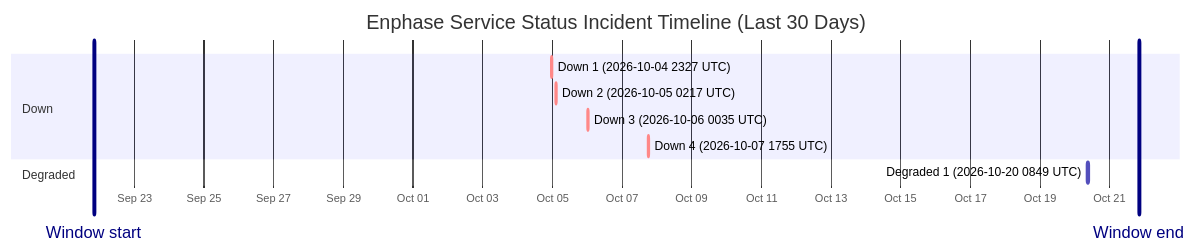
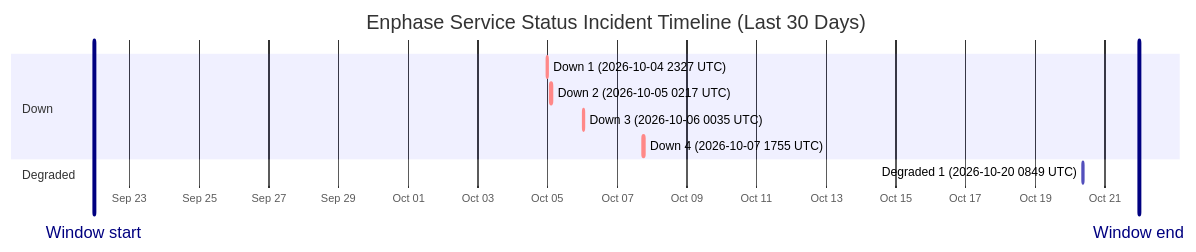
Before and after one commit to barneyonline/ha-enphase-energy: the diagram in wiki/Service-Status-History.md, drawn with Mermaid. The commit also changed other lines of this file and 3 other files, not shown here.

````diff
--- a/wiki/Service-Status-History.md
+++ b/wiki/Service-Status-History.md
@@ -14,15 +14,15 @@
 ```mermaid
 gantt
     title Enphase Service Status Incident Timeline (Last 30 Days)
     dateFormat  YYYY-MM-DDTHH:mm:ss
     axisFormat  %b %d
-    Window start :vert, window-start, 2026-09-21T20:17:11, 0ms
-    Window end :vert, window-end, 2026-10-21T20:17:11, 0ms
+    Window start :vert, window-start, 2026-09-21T23:30:51, 0ms
+    Window end :vert, window-end, 2026-10-21T23:30:51, 0ms
     section Down
     Down 1 (2026-10-04 2327 UTC) :crit, down-1, 2026-10-04T23:27:34, 60m
     Down 2 (2026-10-05 0217 UTC) :crit, down-2, 2026-10-05T02:17:30, 60m
     Down 3 (2026-10-06 0035 UTC) :crit, down-3, 2026-10-06T00:35:21, 60m
     Down 4 (2026-10-07 1755 UTC) :crit, down-4, 2026-10-07T17:55:16, 60m
     section Degraded
     Degraded 1 (2026-10-20 0849 UTC) :active, degraded-1, 2026-10-20T08:49:49, 60m
 ```
````
